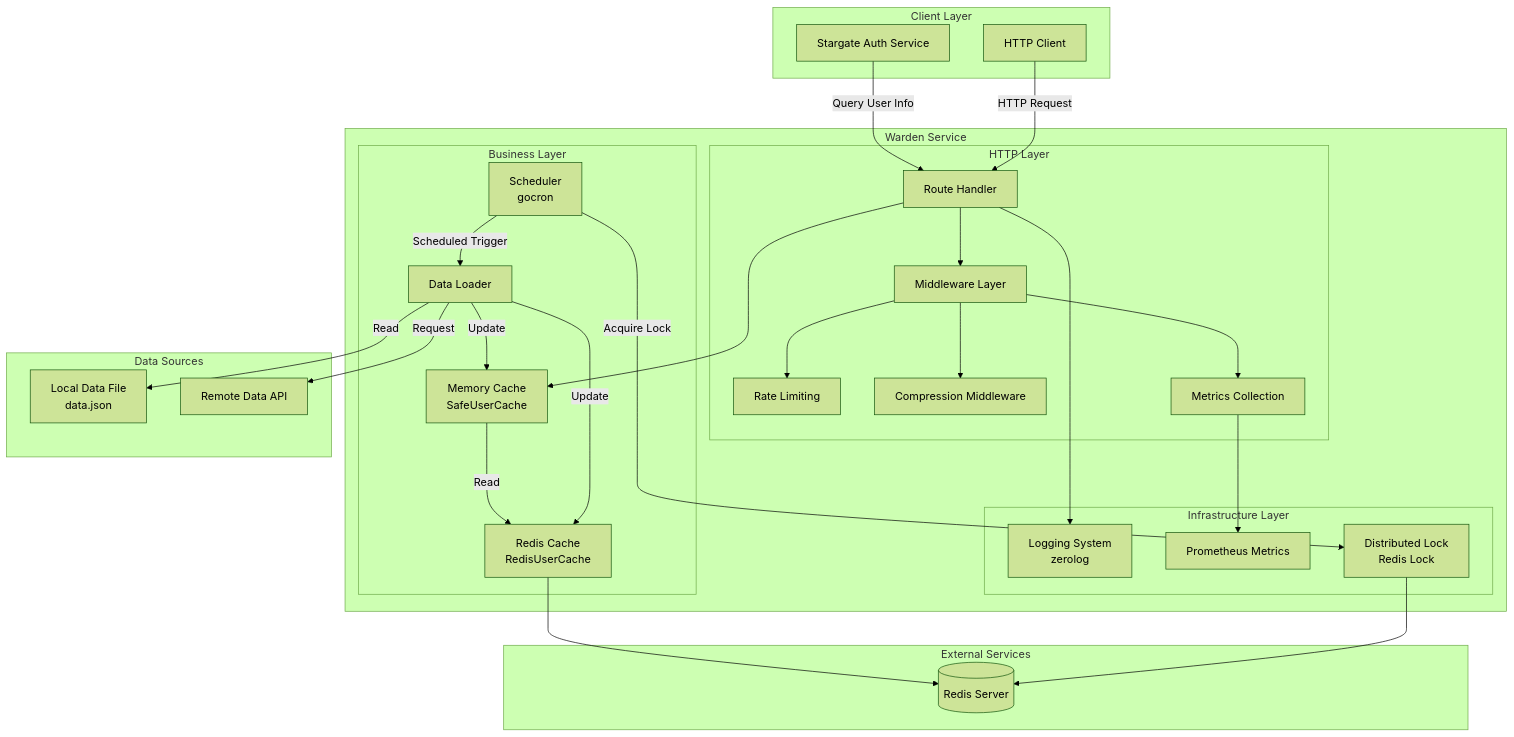
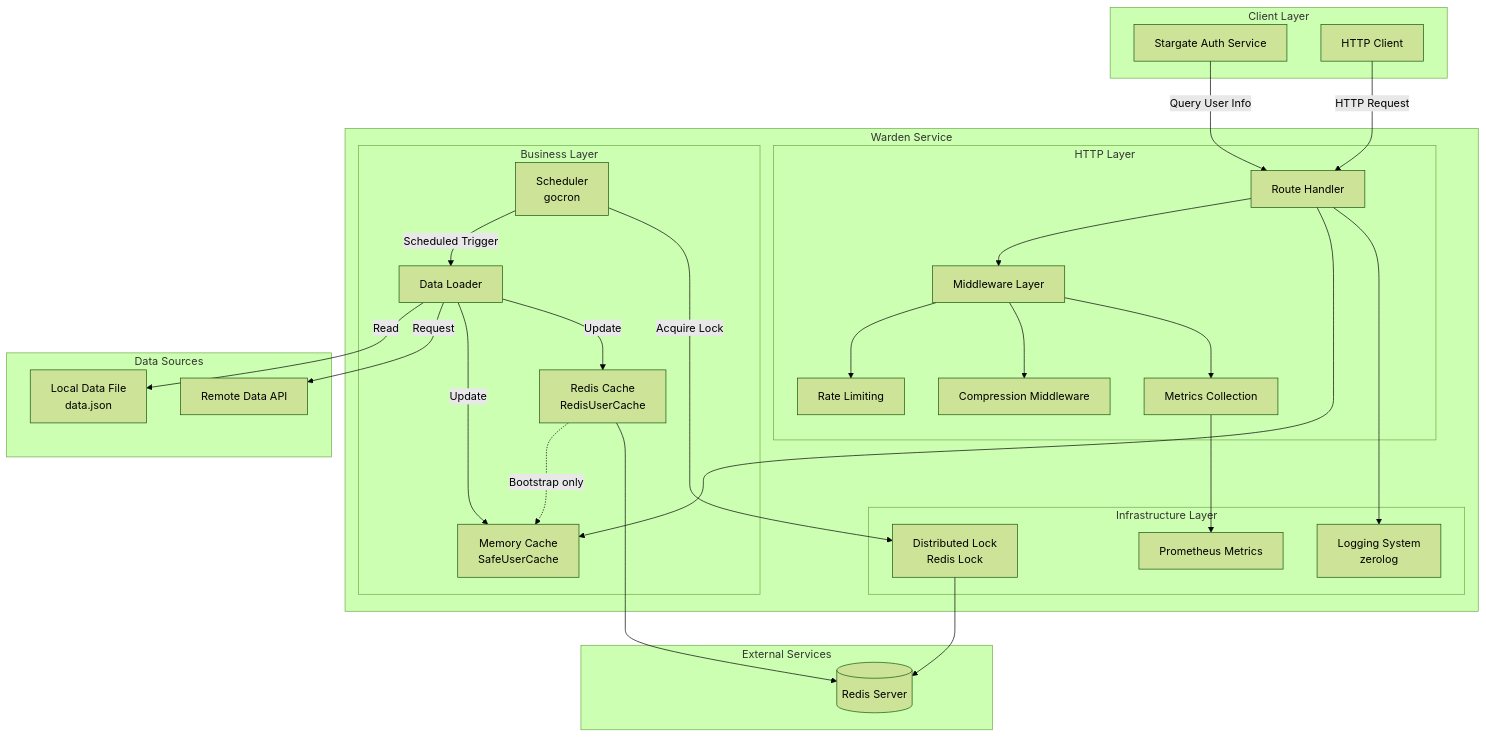
Before and after one commit to soulteary/warden: the first of 7 diagrams in docs/enUS/ARCHITECTURE.md, drawn with Mermaid (forest theme). The commit also changed other lines of this file and 1 other file, not shown here.

Commit message:
docs: correct startup and replica refresh flows

````diff
--- a/docs/enUS/ARCHITECTURE.md
+++ b/docs/enUS/ARCHITECTURE.md
@@ -11,58 +11,58 @@
 ```mermaid
 graph TB
     subgraph "Client Layer"
         Stargate[Stargate Auth Service]
         Client[HTTP Client]
     end
 
     subgraph "Warden Service"
         subgraph "HTTP Layer"
             Router[Route Handler]
             Middleware[Middleware Layer]
             RateLimit[Rate Limiting]
             Compress[Compression Middleware]
             Metrics[Metrics Collection]
         end
 
         subgraph "Business Layer"
             UserCache[Memory Cache<br/>SafeUserCache]
             RedisCache[Redis Cache<br/>RedisUserCache]
             Loader[Data Loader]
             Scheduler[Scheduler<br/>gocron]
         end
 
         subgraph "Infrastructure Layer"
             Logger[Logging System<br/>zerolog]
             Prometheus[Prometheus Metrics]
             RedisLock[Distributed Lock<br/>Redis Lock]
         end
     end
 
     subgraph "Data Sources"
         LocalFile[Local Data File<br/>data.json]
         RemoteAPI[Remote Data API]
     end
 
     subgraph "External Services"
         Redis[(Redis Server)]
     end
 
     Stargate -->|Query User Info| Router
     Client -->|HTTP Request| Router
     Router --> Middleware
     Middleware --> RateLimit
     Middleware --> Compress
     Middleware --> Metrics
     Router --> UserCache
-    UserCache -->|Read| RedisCache
+    RedisCache -.->|Bootstrap only| UserCache
     RedisCache --> Redis
     Scheduler -->|Scheduled Trigger| Loader
     Loader -->|Read| LocalFile
     Loader -->|Request| RemoteAPI
     Loader -->|Update| UserCache
     Loader -->|Update| RedisCache
     Scheduler -->|Acquire Lock| RedisLock
     RedisLock --> Redis
     Router --> Logger
     Metrics --> Prometheus
 ```
````
